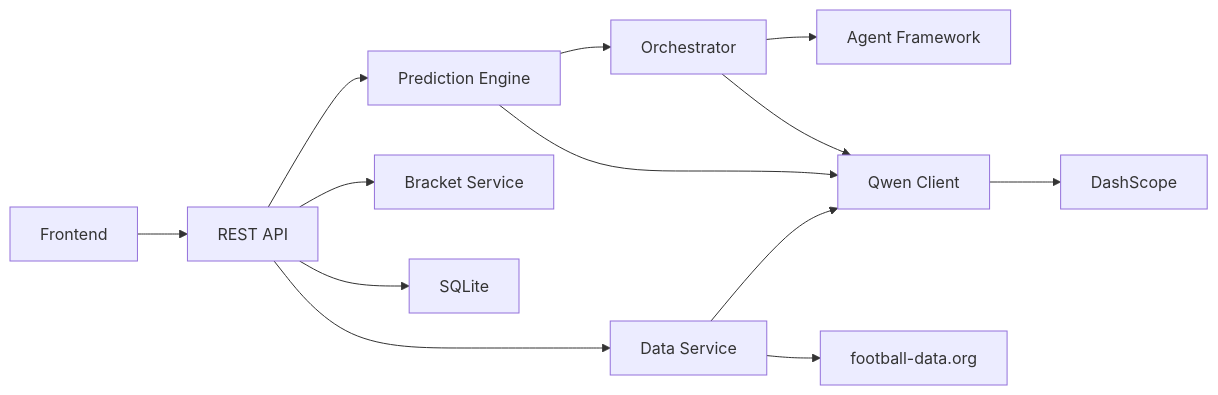
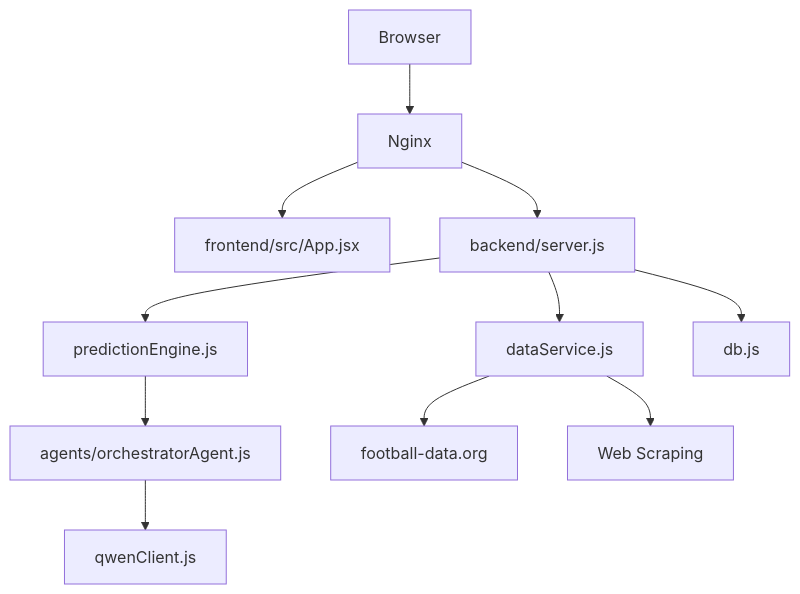
The ninth of 10 diagrams in .qoder/repowiki/en/content/System Architecture/System Architecture.md (cheesiong/WC26-qwen), drawn with Mermaid before and after one commit. The commit also changed other lines of this file and 181 other files, not shown here.

````diff
--- a/.qoder/repowiki/en/content/System Architecture/System Architecture.md
+++ b/.qoder/repowiki/en/content/System Architecture/System Architecture.md
@@ -355,15 +424,13 @@
 ```mermaid
-graph LR
-FE["Frontend"] --> API["REST API"]
-API --> PRED["Prediction Engine"]
-PRED --> ORCH["Orchestrator"]
-ORCH --> AGFW["Agent Framework"]
-ORCH --> QWEN["Qwen Client"]
-PRED --> QWEN
-API --> DATA["Data Service"]
-API --> BRACKET["Bracket Service"]
-API --> DB["SQLite"]
-DATA --> DS_API["football-data.org"]
-DATA --> QWEN
-QWEN --> DASHSCOPE["DashScope"]
+graph TB
+Browser["Browser"] --> Nginx["Nginx"]
+Nginx --> FE["frontend/src/App.jsx"]
+Nginx --> API["backend/server.js"]
+API --> DS["dataService.js"]
+API --> PE["predictionEngine.js"]
+PE --> OA["agents/orchestratorAgent.js"]
+OA --> QC["qwenClient.js"]
+API --> DB["db.js"]
+DS --> Ext1["football-data.org"]
+DS --> Ext2["Web Scraping"]
 ```
````
